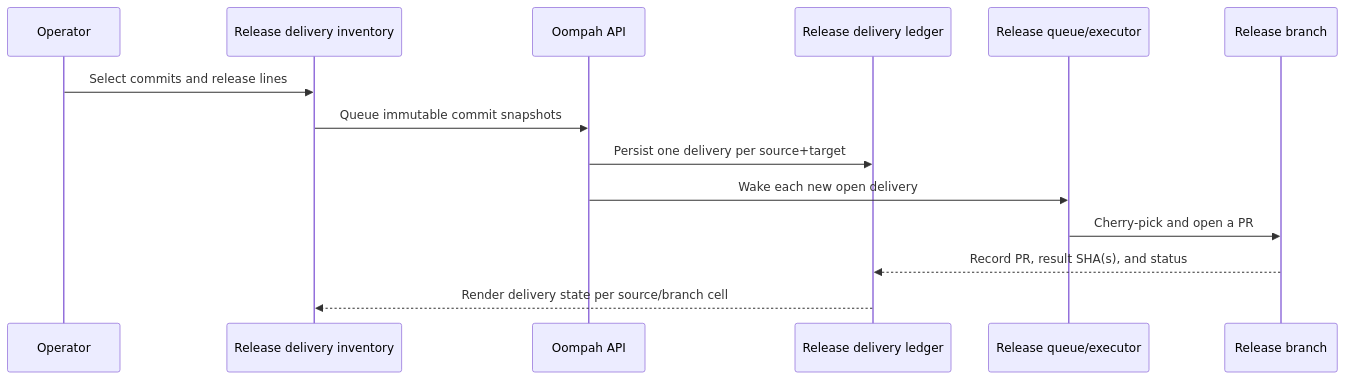
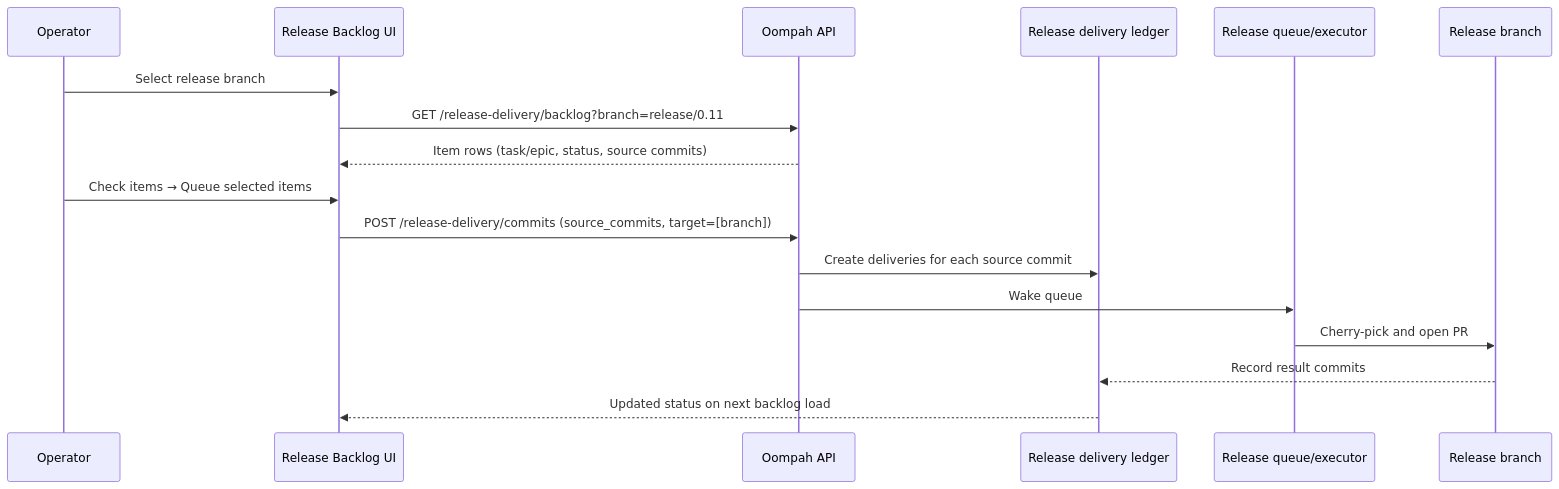
Before and after one commit to lesserevil/oompah: the diagram in docs/release-addendums.md, drawn with Mermaid. The commit also changed other lines of this file and 7 other files, not shown here.

First line of the commit message:
OOMPAH-236: Replace Release Delivery commit pagination with item-centric release backlog

````diff
--- a/docs/release-addendums.md
+++ b/docs/release-addendums.md
@@ -144,17 +50,20 @@
 ```mermaid
 sequenceDiagram
     participant O as Operator
-    participant I as Release delivery inventory
+    participant B as Release Backlog UI
     participant API as Oompah API
     participant L as Release delivery ledger
     participant Q as Release queue/executor
     participant R as Release branch
 
-    O->>I: Select commits and release lines
-    I->>API: Queue immutable commit snapshots
-    API->>L: Persist one delivery per source+target
-    API->>Q: Wake each new open delivery
-    Q->>R: Cherry-pick and open a PR
-    R-->>L: Record PR, result SHA(s), and status
-    L-->>I: Render delivery state per source/branch cell
+    O->>B: Select release branch
+    B->>API: GET /release-delivery/backlog?branch=release/0.11
+    API-->>B: Item rows (task/epic, status, source commits)
+    O->>B: Check items → Queue selected items
+    B->>API: POST /release-delivery/commits (source_commits, target=[branch])
+    API->>L: Create deliveries for each source commit
+    API->>Q: Wake queue
+    Q->>R: Cherry-pick and open PR
+    R-->>L: Record result commits
+    L-->>B: Updated status on next backlog load
 ```
````
